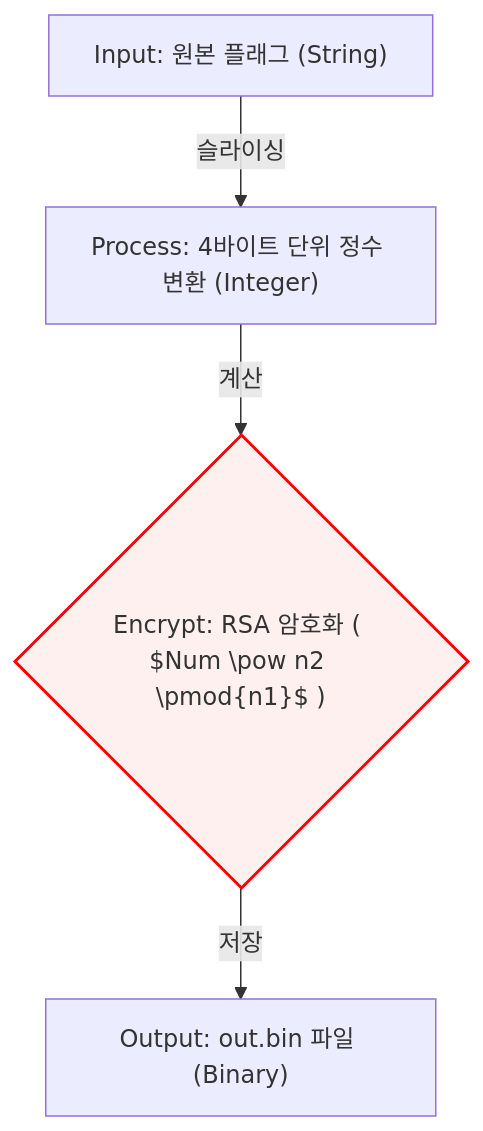
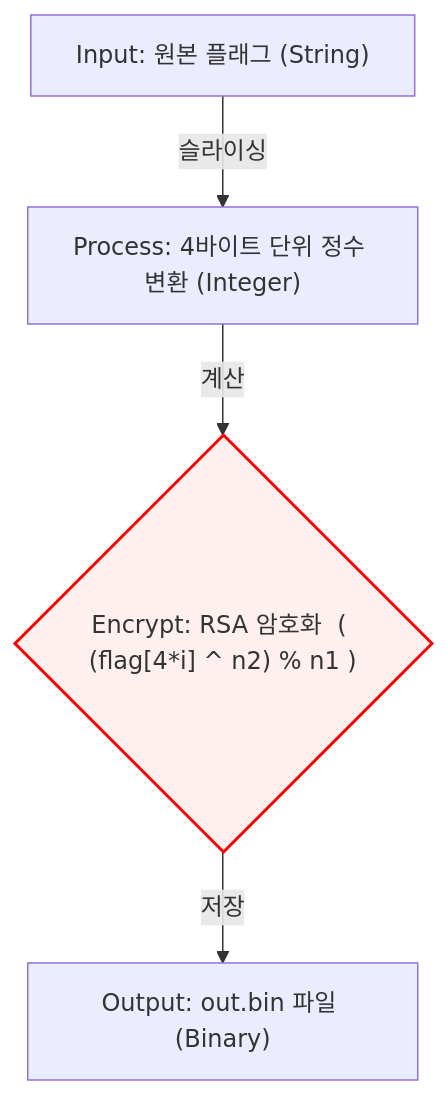
Before and after one commit to dongyeon1113/Dreamhack-Wargame: the diagram in Reversing/Public/README.md, drawn with Mermaid.

````diff
--- a/Reversing/Public/README.md
+++ b/Reversing/Public/README.md
@@ -178,13 +178,13 @@
 ```mermaid
 graph TD
     Node1[" Input: 원본 플래그 (String)"]
     Node2[" Process: 4바이트 단위 정수 변환 (Integer)"]
-    Node3{" Encrypt: RSA 암호화 ( $Num \pow n2 \pmod{n1}$ )"}
+    Node3{" Encrypt: RSA 암호화  ( (flag[4*i] ^ n2) % n1 )"}
     Node4[" Output: out.bin 파일 (Binary)"]
 
     Node1 -->|슬라이싱| Node2
     Node2 -->|계산| Node3
     Node3 -->|저장| Node4
 
     style Node3 stroke:#f00,stroke-width:2px,fill:#fff0f0
 ```
````
